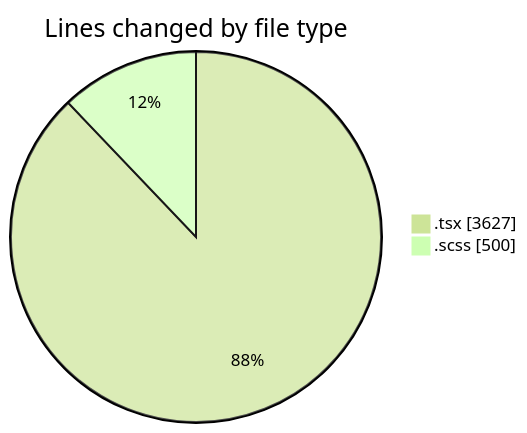
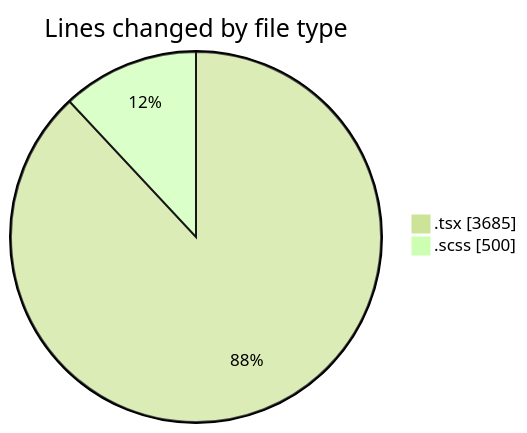
Before and after one commit to momahboobian/code-tracking: the first of 2 diagrams in 2025-04-10/cda/README.md, drawn with Mermaid (forest theme). The commit also changed other lines of this file and 1 other file, not shown here.

````diff
--- a/2025-04-10/cda/README.md
+++ b/2025-04-10/cda/README.md
@@ -26,6 +26,6 @@
 ```mermaid
 pie showData
 title Lines changed by file type
-".tsx" : 3627
+".tsx" : 3685
 ".scss" : 500
 ```
````
